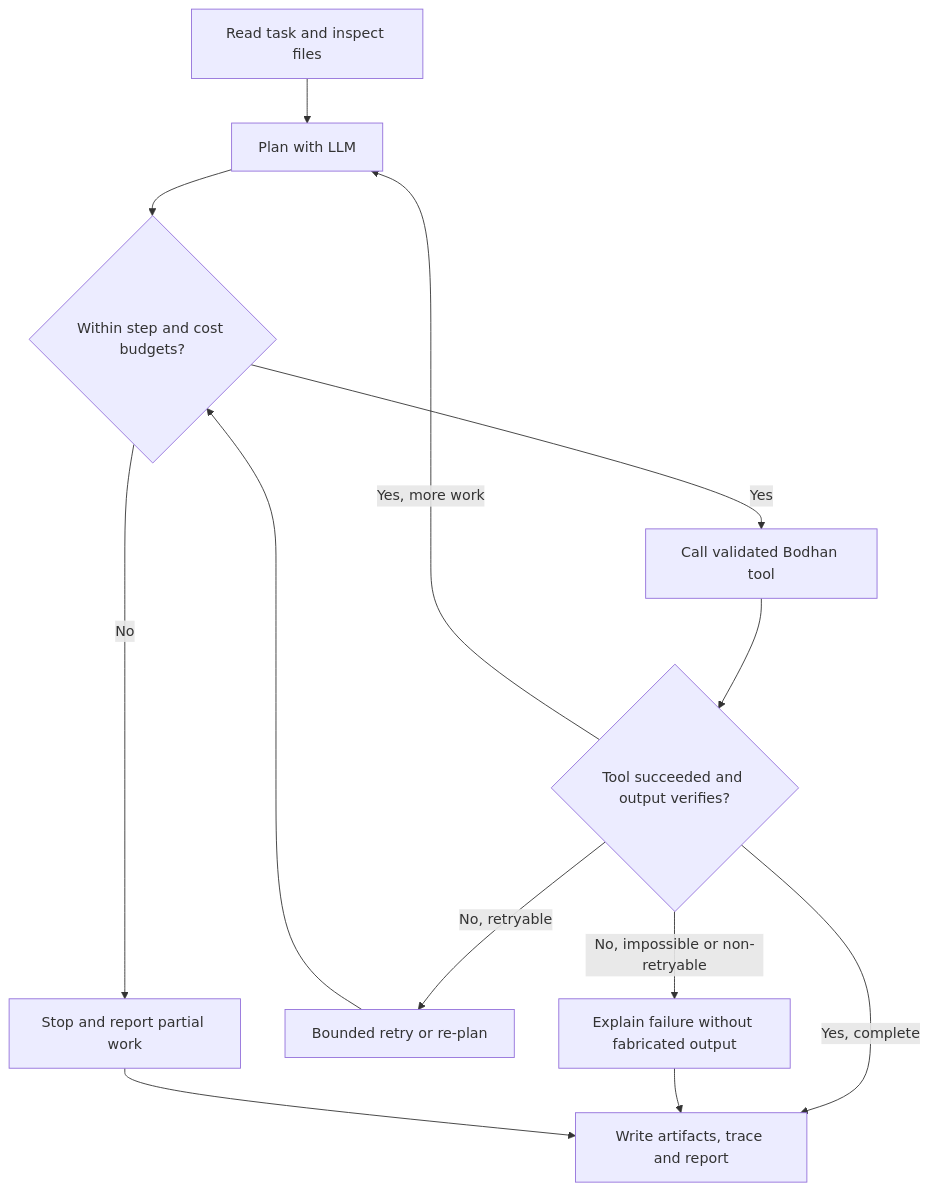
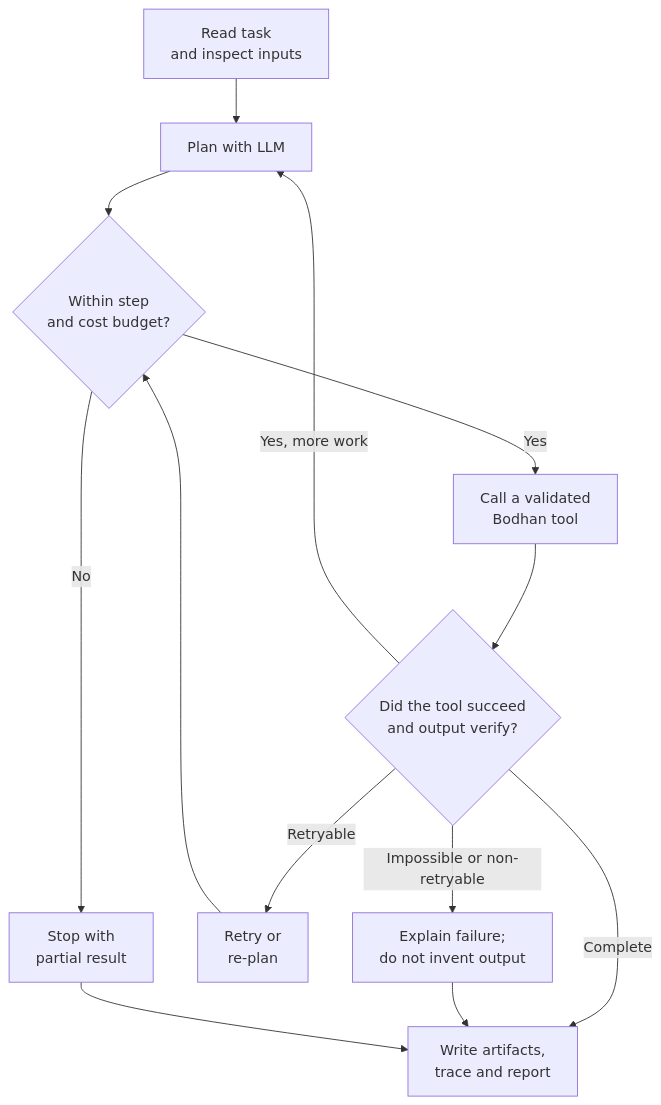
The second of 2 diagrams in examples/tool_agent/README.md (Bodhan-AI/Bodhan-AI-Cookbook), drawn with Mermaid before and after one commit. The commit also changed other lines of this file, not shown here.

Commit message:
docs(examples): improve diagram readability

````diff
--- a/examples/tool_agent/README.md
+++ b/examples/tool_agent/README.md
@@ -64,15 +64,15 @@
 ```mermaid
 flowchart TD
-  Start[Read task and inspect files] --> Plan[Plan with LLM]
-  Plan --> Budget{Within step and cost budgets?}
-  Budget -->|No| Stop[Stop and report partial work]
-  Budget -->|Yes| Call[Call validated Bodhan tool]
-  Call --> Check{Tool succeeded and output verifies?}
-  Check -->|No, retryable| Retry[Bounded retry or re-plan]
+  Start["Read task<br/>and inspect inputs"] --> Plan["Plan with LLM"]
+  Plan --> Budget{"Within step<br/>and cost budget?"}
+  Budget -->|No| Stop["Stop with<br/>partial result"]
+  Budget -->|Yes| Call["Call a validated<br/>Bodhan tool"]
+  Call --> Check{"Did the tool succeed<br/>and output verify?"}
+  Check -->|Retryable| Retry["Retry or<br/>re-plan"]
   Retry --> Budget
-  Check -->|No, impossible or non-retryable| Honest[Explain failure without fabricated output]
+  Check -->|Impossible or non-retryable| Honest["Explain failure;<br/>do not invent output"]
   Check -->|Yes, more work| Plan
-  Check -->|Yes, complete| Done[Write artifacts, trace and report]
+  Check -->|Complete| Done["Write artifacts,<br/>trace and report"]
   Honest --> Done
   Stop --> Done
 ```
````
